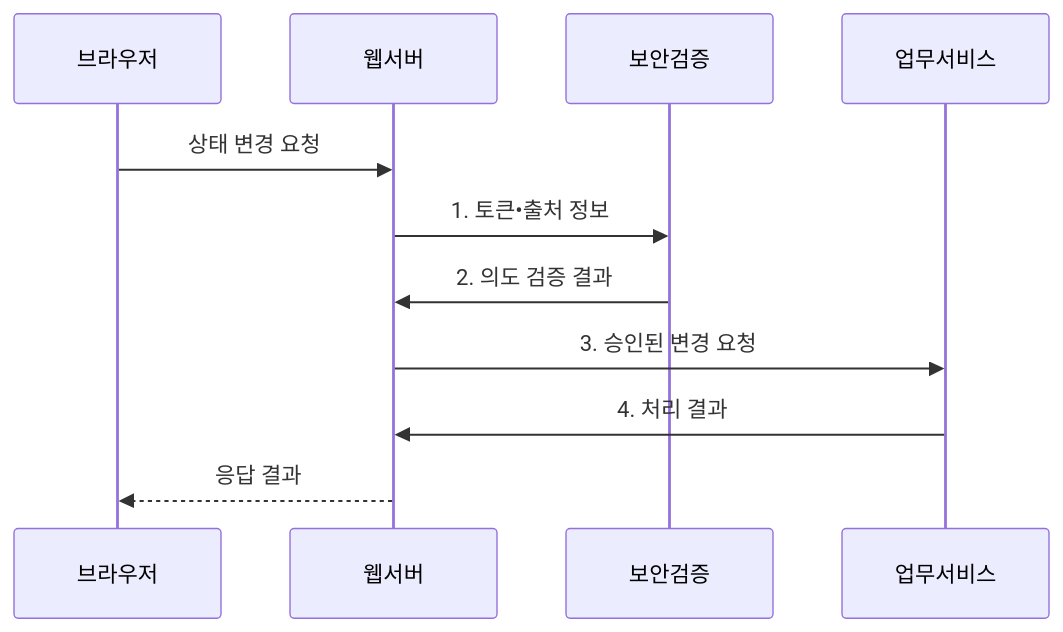
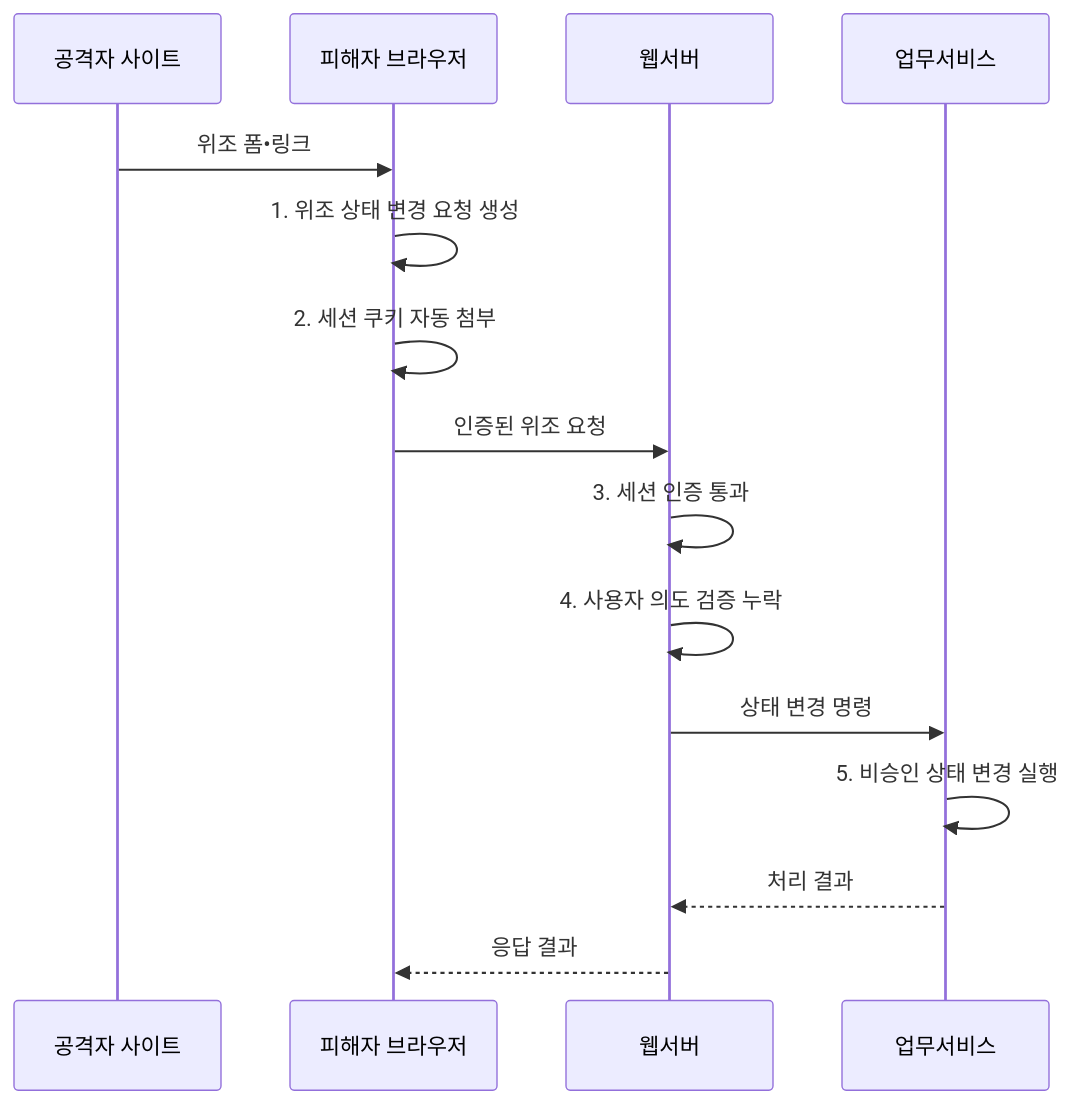
The second of 2 diagrams in src/content/docs/notes/05-security/048_csrf.md (agnusdei1207/knowledge-base), drawn with Mermaid before and after one commit. The commit also changed other lines of this file and 19 other files, not shown here.

````diff
--- a/src/content/docs/notes/05-security/048_csrf.md
+++ b/src/content/docs/notes/05-security/048_csrf.md
@@ -103,13 +103,17 @@
 ```mermaid
 sequenceDiagram
-    participant 브라우저
+    participant 공격자사이트 as 공격자 사이트
+    participant 브라우저 as 피해자 브라우저
     participant 웹서버
-    participant 보안검증
     participant 업무서비스
-    브라우저->>웹서버: 상태 변경 요청
-    웹서버->>보안검증: 1. 토큰•출처 정보
-    보안검증->>웹서버: 2. 의도 검증 결과
-    웹서버->>업무서비스: 3. 승인된 변경 요청
-    업무서비스->>웹서버: 4. 처리 결과
+    공격자사이트->>브라우저: 위조 폼•링크
+    브라우저->>브라우저: 1. 위조 상태 변경 요청 생성
+    브라우저->>브라우저: 2. 세션 쿠키 자동 첨부
+    브라우저->>웹서버: 인증된 위조 요청
+    웹서버->>웹서버: 3. 세션 인증 통과
+    웹서버->>웹서버: 4. 사용자 의도 검증 누락
+    웹서버->>업무서비스: 상태 변경 명령
+    업무서비스->>업무서비스: 5. 비승인 상태 변경 실행
+    업무서비스-->>웹서버: 처리 결과
     웹서버-->>브라우저: 응답 결과
 ```
````
